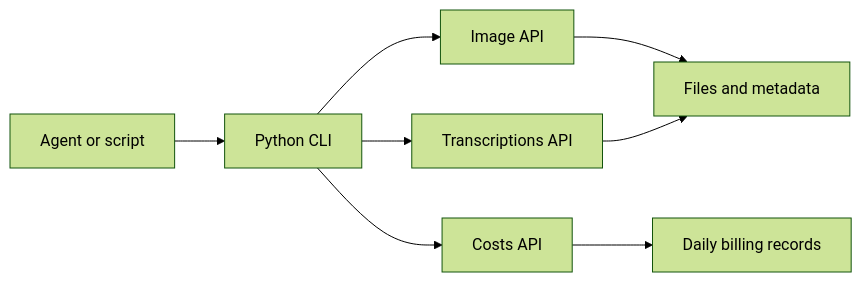
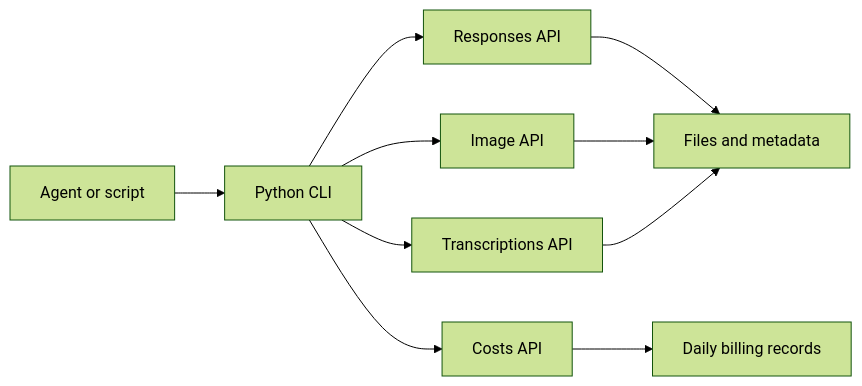
The diagram in README.md (cclank/lanshu-openai-media-api), drawn with Mermaid (forest theme) before and after one commit. The commit also changed other lines of this file and 12 other files, not shown here.

Commit message:
feat: add curated text models and Responses API command

````diff
--- a/README.md
+++ b/README.md
@@ -38,10 +39,12 @@
 ```mermaid
 flowchart LR
     A[Agent or script] --> B[Python CLI]
+    B --> T[Responses API]
+    T --> F[Files and metadata]
     B --> C[Image API]
     B --> D[Transcriptions API]
     B --> E[Costs API]
     C --> F[Files and metadata]
     D --> F
     E --> G[Daily billing records]
 ```
````
